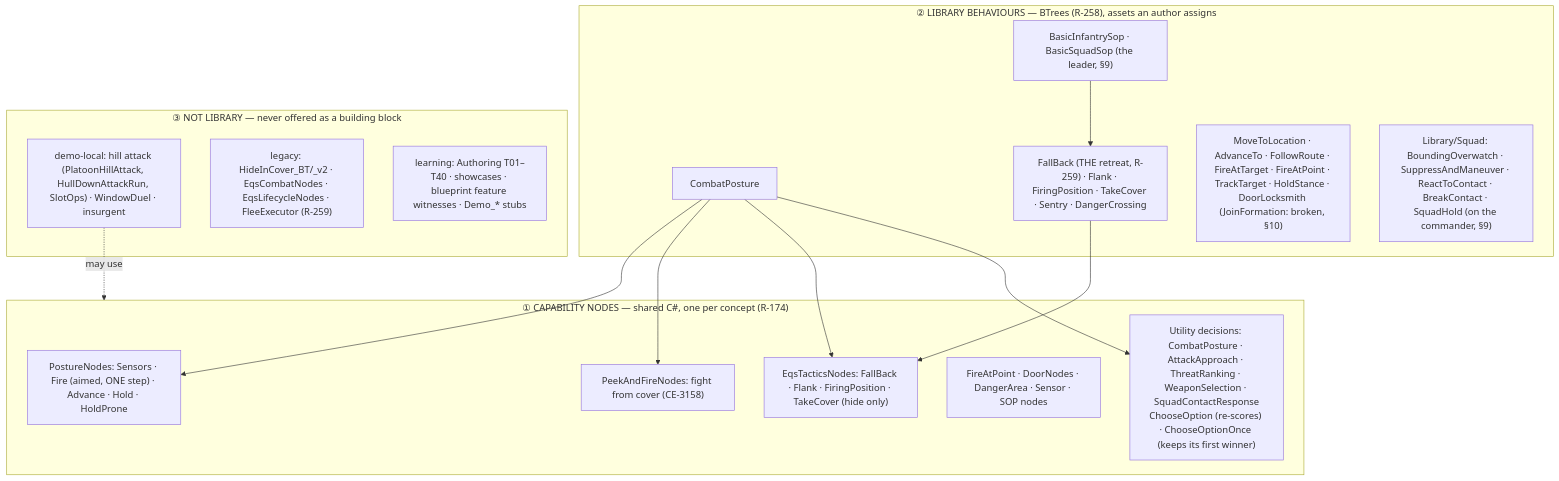
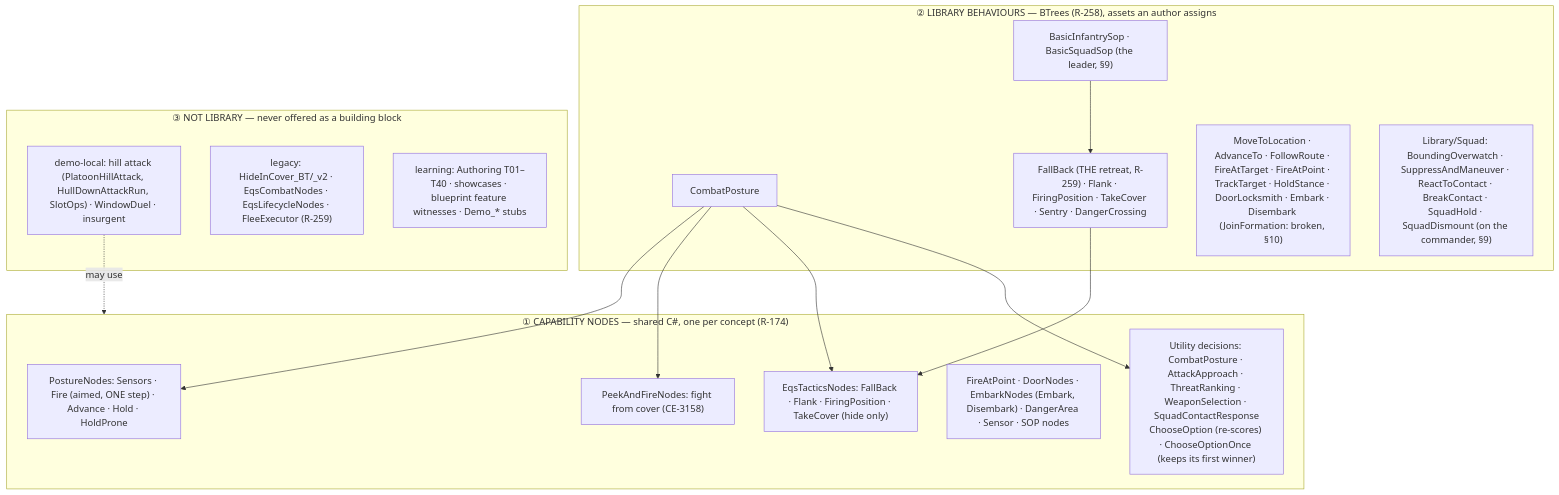
Before and after one commit to pjanec/HROT: the seventh of 10 diagrams in docs/OVERVIEW_Behaviour_Building_Blocks.md, drawn with Mermaid. The commit also changed other lines of this file and 20 other files, not shown here.

````diff
--- a/docs/OVERVIEW_Behaviour_Building_Blocks.md
+++ b/docs/OVERVIEW_Behaviour_Building_Blocks.md
@@ -232,29 +232,29 @@
 ```mermaid
 graph TD
   subgraph L1["① CAPABILITY NODES — shared C#, one per concept (R-174)"]
     PS["PostureNodes: Sensors · Fire (aimed, ONE step) · Advance · Hold · HoldProne"]
     PF["PeekAndFireNodes: fight from cover (CE-3158)"]
     ET["EqsTacticsNodes: FallBack · Flank · FiringPosition · TakeCover (hide only)"]
-    FP["FireAtPoint · DoorNodes · DangerArea · Sensor · SOP nodes"]
+    FP["FireAtPoint · DoorNodes · EmbarkNodes (Embark, Disembark) · DangerArea · Sensor · SOP nodes"]
     UT["Utility decisions: CombatPosture · AttackApproach · ThreatRanking · WeaponSelection · SquadContactResponse<br/>ChooseOption (re-scores) · ChooseOptionOnce (keeps its first winner)"]
   end
   subgraph L2["② LIBRARY BEHAVIOURS — BTrees (R-258), assets an author assigns"]
     CP["CombatPosture"]
     TK["FallBack (THE retreat, R-259) · Flank · FiringPosition · TakeCover · Sentry · DangerCrossing"]
     SOP["BasicInfantrySop · BasicSquadSop (the leader, §9)"]
-    ORD["MoveToLocation · AdvanceTo · FollowRoute · FireAtTarget · FireAtPoint · TrackTarget · HoldStance · DoorLocksmith (JoinFormation: broken, §10)"]
-    SQ["Library/Squad: BoundingOverwatch · SuppressAndManeuver · ReactToContact · BreakContact · SquadHold (on the commander, §9)"]
+    ORD["MoveToLocation · AdvanceTo · FollowRoute · FireAtTarget · FireAtPoint · TrackTarget · HoldStance · DoorLocksmith · Embark · Disembark (JoinFormation: broken, §10)"]
+    SQ["Library/Squad: BoundingOverwatch · SuppressAndManeuver · ReactToContact · BreakContact · SquadHold · SquadDismount (on the commander, §9)"]
   end
   subgraph L3["③ NOT LIBRARY — never offered as a building block"]
     DM["demo-local: hill attack (PlatoonHillAttack, HullDownAttackRun, SlotOps) · WindowDuel · insurgent"]
     LG["legacy: HideInCover_BT/_v2 · EqsCombatNodes · EqsLifecycleNodes · FleeExecutor (R-259)"]
     LR["learning: Authoring T01–T40 · showcases · blueprint feature witnesses · Demo_* stubs"]
   end
   CP --> PS
   CP --> PF
   CP --> ET
   CP --> UT
   TK --> ET
   SOP --> TK
   DM -.->|may use| L1
 ```
````
